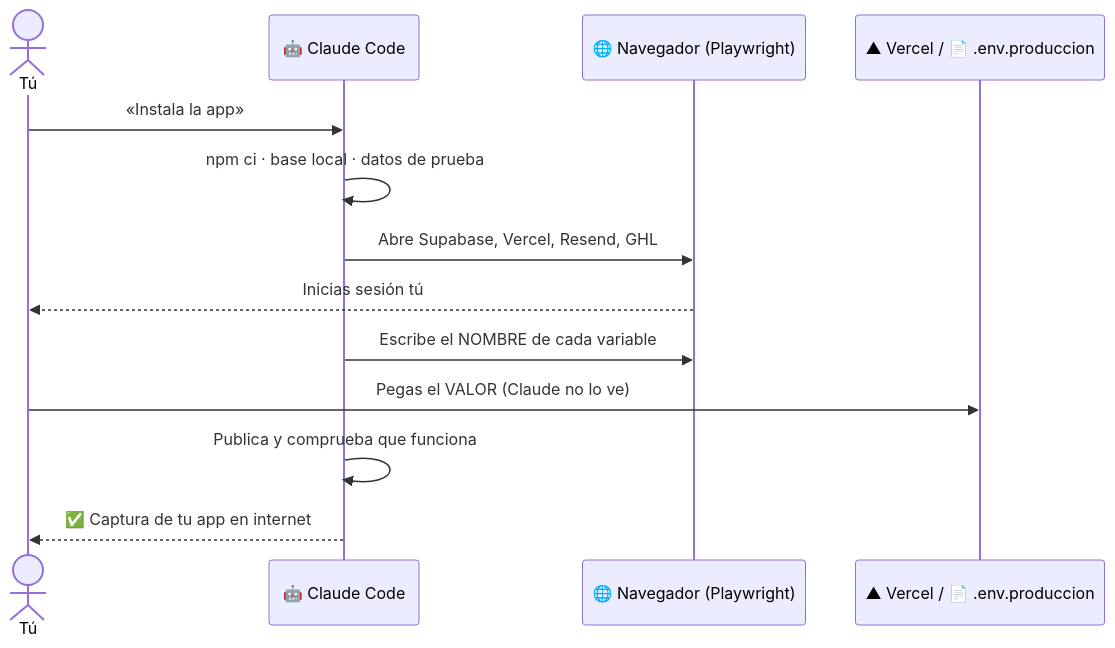
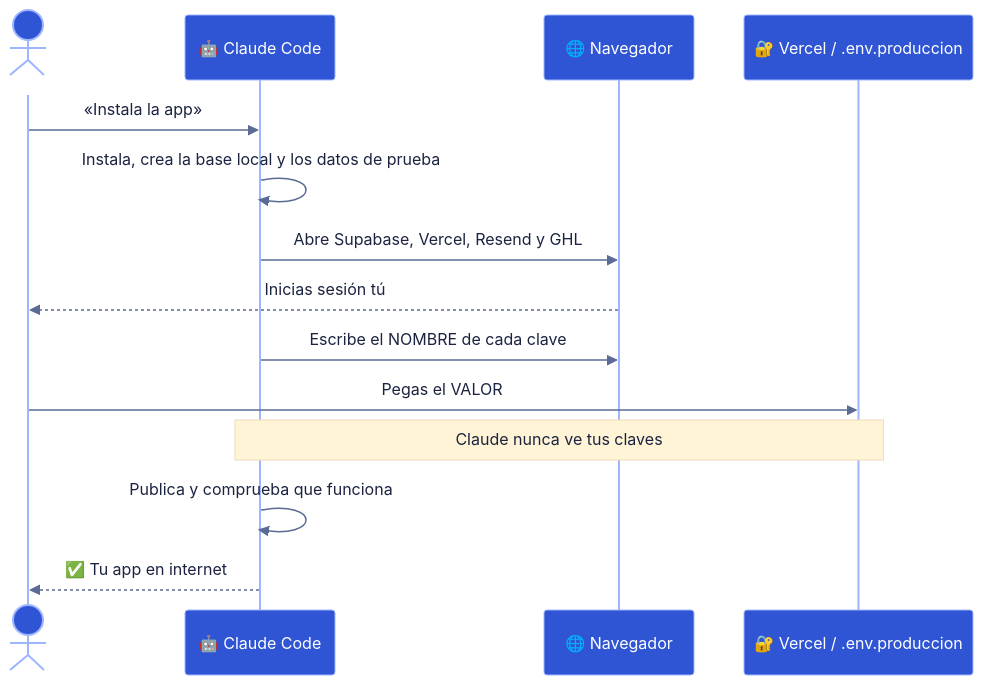
Before and after one commit to eternitydevzz/dashboard-ventas-maestria: the third of 3 diagrams in README.md, drawn with Mermaid. The commit also changed other lines of this file, not shown here.

Commit message:
docs: diagramas del README más claros y legibles

````diff
--- a/README.md
+++ b/README.md
@@ -161,15 +154,17 @@
 ```mermaid
+%%{init: {"theme":"base","themeVariables":{"primaryColor":"#2f55d4","primaryTextColor":"#ffffff","primaryBorderColor":"#9db6ff","lineColor":"#7f93c9","actorBkg":"#2f55d4","actorTextColor":"#ffffff","actorBorder":"#9db6ff","signalColor":"#5b6b94","signalTextColor":"#1b2340","noteBkgColor":"#fff4d6","noteTextColor":"#1b2340","fontFamily":"Segoe UI, Helvetica, Arial, sans-serif","fontSize":"16px"}}}%%
 sequenceDiagram
     actor Tú
     participant CC as 🤖 Claude Code
-    participant W as 🌐 Navegador (Playwright)
-    participant V as ▲ Vercel / 📄 .env.produccion
+    participant W as 🌐 Navegador
+    participant V as 🔐 Vercel / .env.produccion
     Tú->>CC: «Instala la app»
-    CC->>CC: npm ci · base local · datos de prueba
-    CC->>W: Abre Supabase, Vercel, Resend, GHL
+    CC->>CC: Instala, crea la base local y los datos de prueba
+    CC->>W: Abre Supabase, Vercel, Resend y GHL
     W-->>Tú: Inicias sesión tú
-    CC->>W: Escribe el NOMBRE de cada variable
-    Tú->>V: Pegas el VALOR (Claude no lo ve)
+    CC->>W: Escribe el NOMBRE de cada clave
+    Tú->>V: Pegas el VALOR
+    Note over CC,V: Claude nunca ve tus claves
     CC->>CC: Publica y comprueba que funciona
-    CC-->>Tú: ✅ Captura de tu app en internet
+    CC-->>Tú: ✅ Tu app en internet
 ```
````
